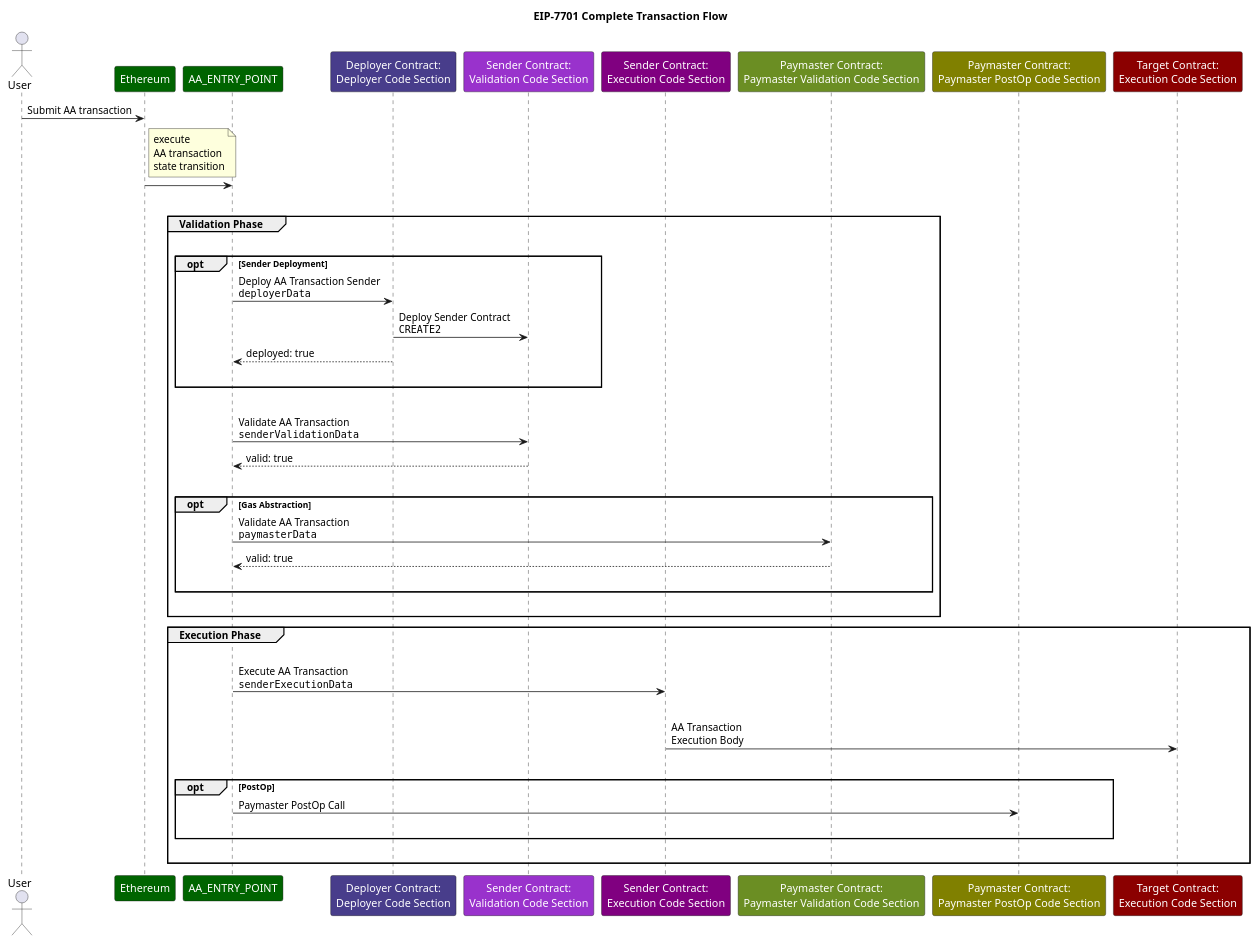
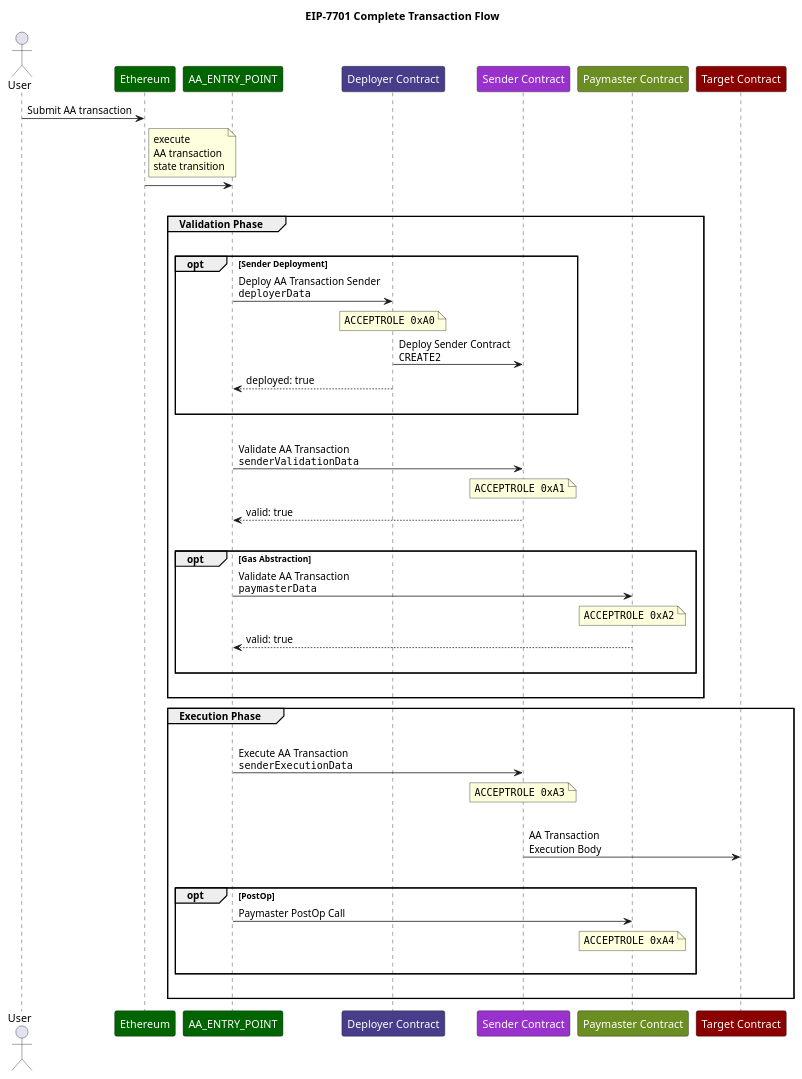
One commit to ethereum/EIPs changed the diagram in assets/eip-7701/complete_flow.md. Above: the diagram before and after it, drawn with PlantUML. The commit also changed 7 other files, not shown here.

````diff
--- a/assets/eip-7701/complete_flow.md
+++ b/assets/eip-7701/complete_flow.md
@@ -1,53 +1,55 @@
 ```plantuml
 title EIP-7701 Complete Transaction Flow
 
 actor "User"
 skinparam participantFontColor automatic
 participant "Ethereum" #darkgreen
 participant "AA_ENTRY_POINT" #darkgreen
-participant "Deployer Contract:\nDeployer Code Section" as DCDCS #darkslateblue
-participant "Sender Contract:\nValidation Code Section" as SCVCS #darkorchid
-participant "Sender Contract:\nExecution Code Section" as SCECS #purple
-participant "Paymaster Contract:\nPaymaster Validation Code Section" as PCPVCS #olivedrab
-participant "Paymaster Contract:\nPaymaster PostOp Code Section" as PCPPCS #olive
-participant "Target Contract:\nExecution Code Section" as TCECS #darkred
+participant "Deployer Contract" as DC #darkslateblue
+participant "Sender Contract" as SC #darkorchid
+participant "Paymaster Contract" as PC #olivedrab
+participant "Target Contract" as TC #darkred
 
 "User" -> "Ethereum": Submit AA transaction
 note right of "Ethereum": execute\nAA transaction\nstate transition
 "Ethereum" -> "AA_ENTRY_POINT": 
 |||
 
 group Validation Phase
 |||
 opt Sender Deployment
-"AA_ENTRY_POINT"->DCDCS: Deploy AA Transaction Sender\n""deployerData""
-DCDCS -> SCVCS: Deploy Sender Contract\n""CREATE2""
-DCDCS-->"AA_ENTRY_POINT":deployed: true
+"AA_ENTRY_POINT"->DC: Deploy AA Transaction Sender\n""deployerData""
+note over DC: ""ACCEPTROLE 0xA0""
+DC -> SC: Deploy Sender Contract\n""CREATE2""
+DC-->"AA_ENTRY_POINT":deployed: true
 |||
 end
 |||
-"AA_ENTRY_POINT"->SCVCS: Validate AA Transaction\n""senderValidationData""
+"AA_ENTRY_POINT"->SC: Validate AA Transaction\n""senderValidationData""
+note over SC: ""ACCEPTROLE 0xA1""
 return valid: true
 |||
 
 opt Gas Abstraction
-"AA_ENTRY_POINT"->PCPVCS: Validate AA Transaction\n""paymasterData""
+"AA_ENTRY_POINT"->PC: Validate AA Transaction\n""paymasterData""
+note over PC: ""ACCEPTROLE 0xA2""
 return valid: true
 |||
 end
 |||
 end
-
 group Execution Phase
 |||
-"AA_ENTRY_POINT"->SCECS: Execute AA Transaction\n""senderExecutionData""
+"AA_ENTRY_POINT"->SC: Execute AA Transaction\n""senderExecutionData""
+note over SC: ""ACCEPTROLE 0xA3""
 |||
-SCECS->TCECS: AA Transaction\nExecution Body
+SC->TC: AA Transaction\nExecution Body
 |||
 opt PostOp 
-"AA_ENTRY_POINT"->PCPPCS: Paymaster PostOp Call
+"AA_ENTRY_POINT"->PC: Paymaster PostOp Call
+note over PC: ""ACCEPTROLE 0xA4""
 |||
 end
 |||
 end
 ```
````
